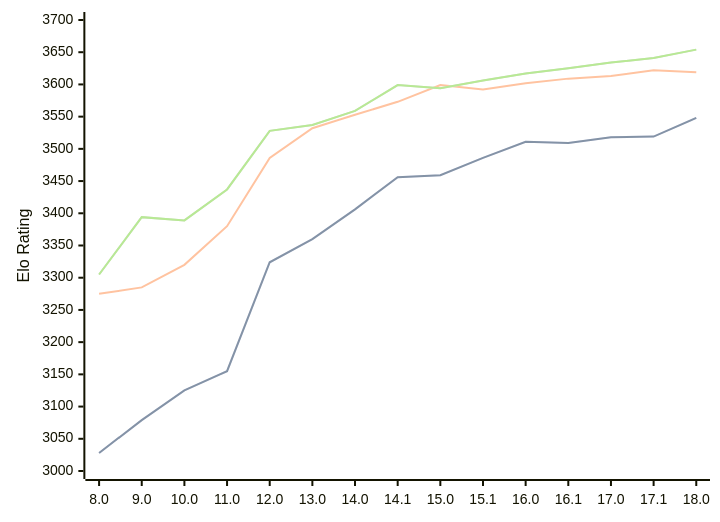
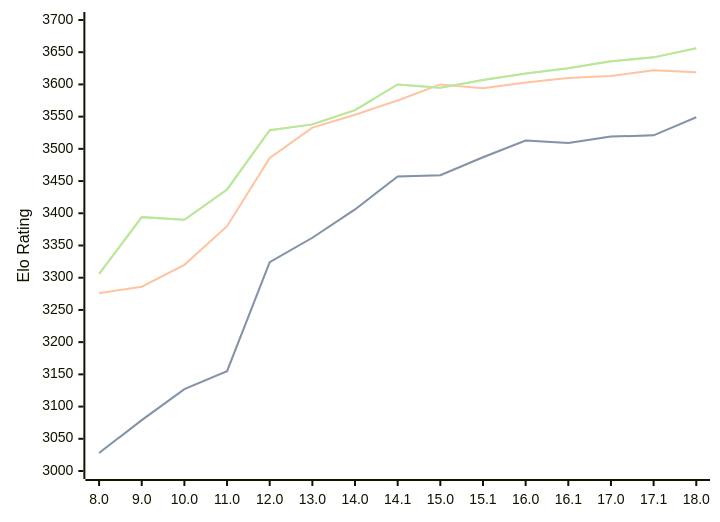
Before and after one commit to computer-chess-index/cci: the diagram in engines/Stockfish.md, drawn with Mermaid. The commit also changed other lines of this file, not shown here.

Commit message:
Update CCI Ratings (ELO VLTC) - 2026-04-19

````diff
--- a/engines/Stockfish.md
+++ b/engines/Stockfish.md
@@ -46,11 +46,11 @@
 ```mermaid
 %%{init: {"theme":"base","themeVariables":{"seriesColors:['#a3a3a3','#222221','#faa371']}}}%%
 xychart-beta
   x-axis ["8.0", "9.0", "10.0", "11.0", "12.0", "13.0", "14.0", "14.1", "15.0", "15.1", "16.0", "16.1", "17.0", "17.1", "18.0"]
   y-axis "Elo Rating" 3000 --> 3700
-  line "STC (8.0+0.08s)" [3028, 3079, 3125, 3155, 3324, 3360, 3406, 3456, 3459, 3486, 3511, 3509, 3518, 3519, 3548]
-  line "STC (8.0+0.08s)" [3028, 3079, 3125, 3155, 3324, 3360, 3406, 3456, 3459, 3486, 3511, 3509, 3518, 3519, 3548]
-  line "LTC (60.0+0.60s)" [3275, 3285, 3320, 3380, 3486, 3532, 3553, 3573, 3599, 3592, 3602, 3609, 3613, 3622, 3619]
-  line "VLTC (2m24s+1.12s)" [3305, 3394, 3389, 3437, 3528, 3537, 3559, 3599, 3594, 3606, 3617, 3625, 3634, 3641, 3654]
-  line "VLTC (2m24s+1.12s)" [3305, 3394, 3389, 3437, 3528, 3537, 3559, 3599, 3594, 3606, 3617, 3625, 3634, 3641, 3654]
+  line "STC (8.0+0.08s)" [3028, 3079, 3127, 3155, 3324, 3362, 3406, 3457, 3459, 3487, 3513, 3509, 3519, 3521, 3549]
+  line "STC (8.0+0.08s)" [3028, 3079, 3127, 3155, 3324, 3362, 3406, 3457, 3459, 3487, 3513, 3509, 3519, 3521, 3549]
+  line "LTC (60.0+0.60s)" [3276, 3286, 3320, 3380, 3486, 3533, 3553, 3575, 3600, 3594, 3603, 3610, 3613, 3622, 3619]
+  line "VLTC (2m24s+1.12s)" [3306, 3394, 3390, 3437, 3529, 3538, 3560, 3600, 3595, 3607, 3617, 3625, 3636, 3642, 3656]
+  line "VLTC (2m24s+1.12s)" [3306, 3394, 3390, 3437, 3529, 3538, 3560, 3600, 3595, 3607, 3617, 3625, 3636, 3642, 3656]
 ```
````
